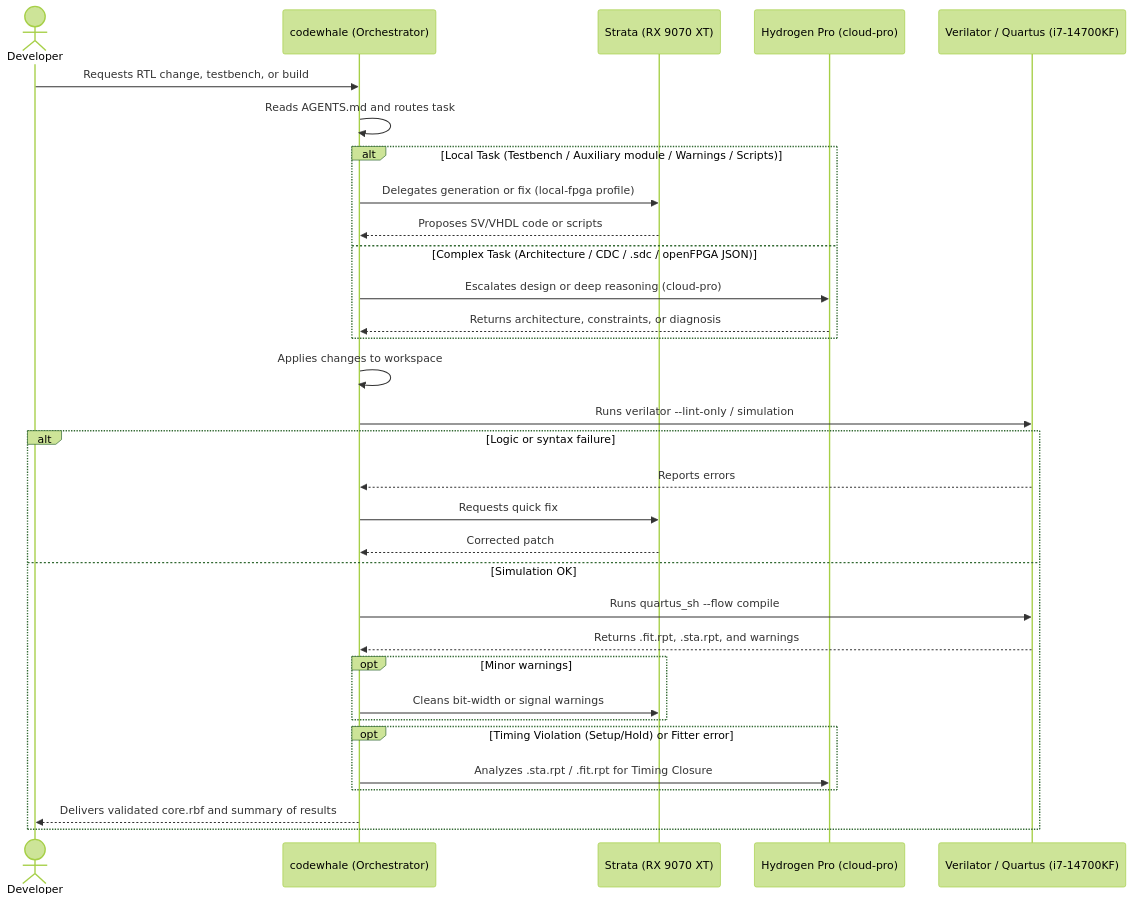
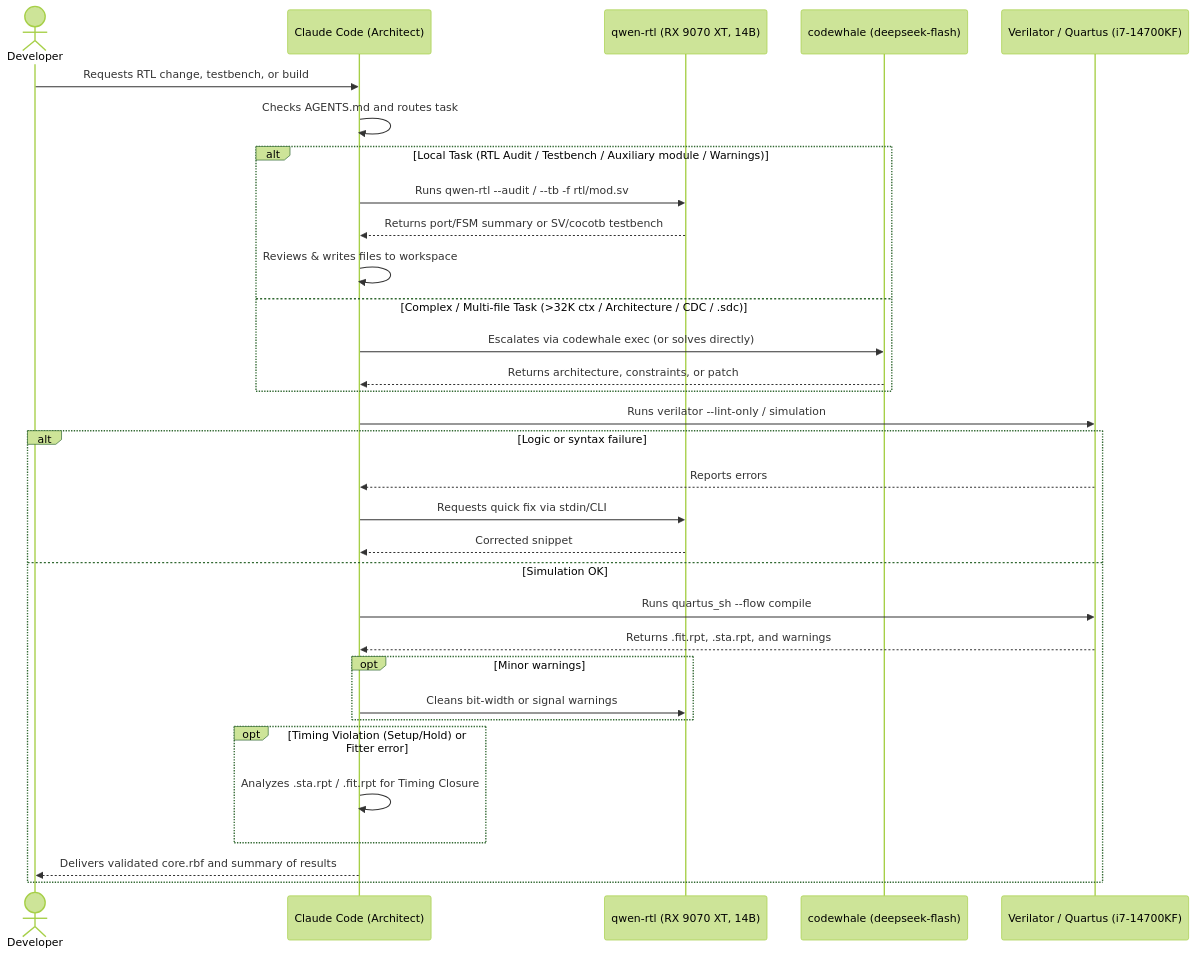
The second of 3 diagrams in docs/ai-fpga-workflow.md (DanimanX/9070FpgaIAWorkflow), drawn with Mermaid (forest theme) before and after one commit. The commit also changed other lines of this file and 3 other files, not shown here.

Commit message:
docs: update workflow to 9070FpgaIAWorkflow (Ollama Vulkan + qwen2.5-coder-14b-fpga + qwen-rtl)

````diff
--- a/docs/ai-fpga-workflow.md
+++ b/docs/ai-fpga-workflow.md
@@ -42,38 +41,38 @@
 ```mermaid
 sequenceDiagram
     actor Dev as Developer
-    participant CW as codewhale (Orchestrator)
-    participant Strata as Strata (RX 9070 XT)
-    participant Cloud as Hydrogen Pro (cloud-pro)
+    participant Claude as Claude Code (Architect)
+    participant Qwen as qwen-rtl (RX 9070 XT, 14B)
+    participant CW as codewhale (deepseek-flash)
     participant Tools as Verilator / Quartus (i7-14700KF)
 
-    Dev->>CW: Requests RTL change, testbench, or build
-    CW->>CW: Reads AGENTS.md and routes task
+    Dev->>Claude: Requests RTL change, testbench, or build
+    Claude->>Claude: Checks AGENTS.md and routes task
 
-    alt Local Task (Testbench / Auxiliary module / Warnings / Scripts)
-        CW->>Strata: Delegates generation or fix (local-fpga profile)
-        Strata-->>CW: Proposes SV/VHDL code or scripts
-    else Complex Task (Architecture / CDC / .sdc / openFPGA JSON)
-        CW->>Cloud: Escalates design or deep reasoning (cloud-pro)
-        Cloud-->>CW: Returns architecture, constraints, or diagnosis
+    alt Local Task (RTL Audit / Testbench / Auxiliary module / Warnings)
+        Claude->>Qwen: Runs qwen-rtl --audit / --tb -f rtl/mod.sv
+        Qwen-->>Claude: Returns port/FSM summary or SV/cocotb testbench
+        Claude->>Claude: Reviews & writes files to workspace
+    else Complex / Multi-file Task (>32K ctx / Architecture / CDC / .sdc)
+        Claude->>CW: Escalates via codewhale exec (or solves directly)
+        CW-->>Claude: Returns architecture, constraints, or patch
     end
 
-    CW->>CW: Applies changes to workspace
-    CW->>Tools: Runs verilator --lint-only / simulation
+    Claude->>Tools: Runs verilator --lint-only / simulation
 
     alt Logic or syntax failure
-        Tools-->>CW: Reports errors
-        CW->>Strata: Requests quick fix
-        Strata-->>CW: Corrected patch
+        Tools-->>Claude: Reports errors
+        Claude->>Qwen: Requests quick fix via stdin/CLI
+        Qwen-->>Claude: Corrected snippet
     else Simulation OK
-        CW->>Tools: Runs quartus_sh --flow compile
-        Tools-->>CW: Returns .fit.rpt, .sta.rpt, and warnings
+        Claude->>Tools: Runs quartus_sh --flow compile
+        Tools-->>Claude: Returns .fit.rpt, .sta.rpt, and warnings
         opt Minor warnings
-            CW->>Strata: Cleans bit-width or signal warnings
+            Claude->>Qwen: Cleans bit-width or signal warnings
         end
         opt Timing Violation (Setup/Hold) or Fitter error
-            CW->>Cloud: Analyzes .sta.rpt / .fit.rpt for Timing Closure
+            Claude->>Claude: Analyzes .sta.rpt / .fit.rpt for Timing Closure
         end
-        CW-->>Dev: Delivers validated core.rbf and summary of results
+        Claude-->>Dev: Delivers validated core.rbf and summary of results
     end
 ```
````
